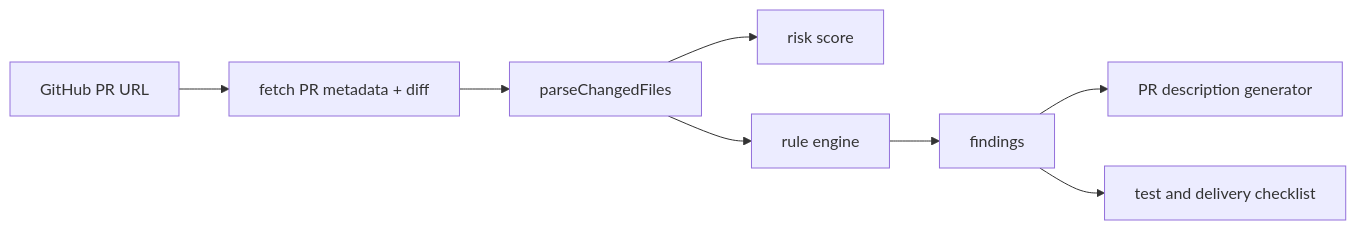
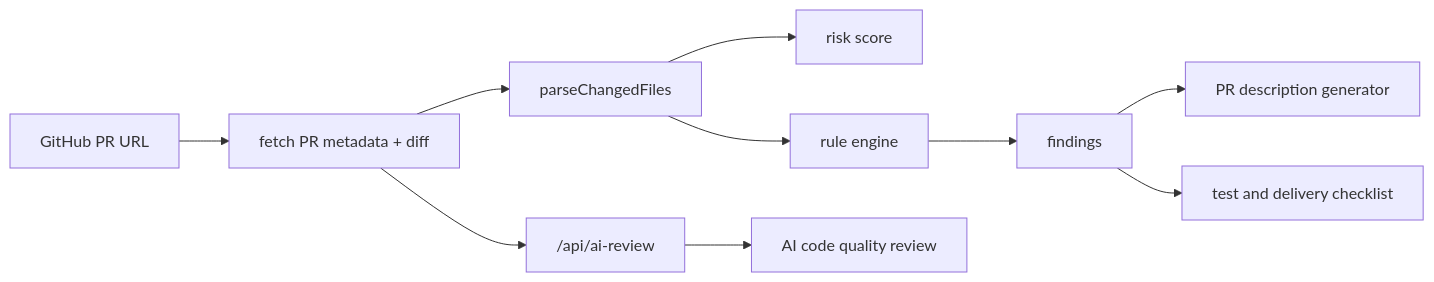
One commit to the-shy123456/AI-RP-REVIEW changed the diagram in docs/ARCHITECTURE.md. Above: the diagram before and after it, drawn with Mermaid. The commit also changed other lines of this file and 18 other files, not shown here.

Commit message:
feat: add AI code quality review

````diff
--- a/docs/ARCHITECTURE.md
+++ b/docs/ARCHITECTURE.md
@@ -12,10 +13,12 @@
 ```mermaid
 flowchart LR
   A["GitHub PR URL"] --> B["fetch PR metadata + diff"]
   B --> C["parseChangedFiles"]
   C --> D["risk score"]
   C --> E["rule engine"]
   E --> F["findings"]
   F --> G["PR description generator"]
   F --> H["test and delivery checklist"]
+  B --> I["/api/ai-review"]
+  I --> J["AI code quality review"]
 ```
````
